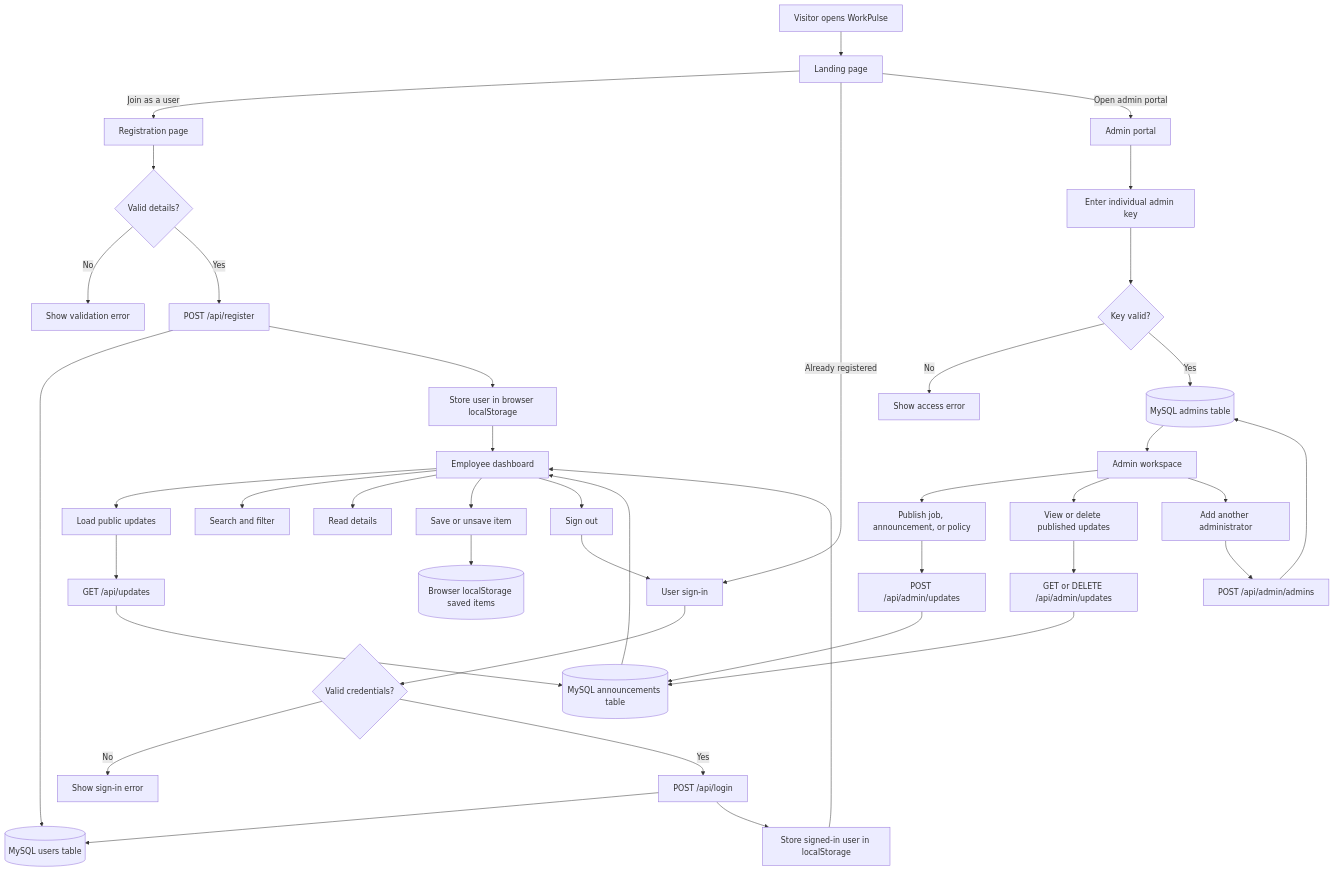
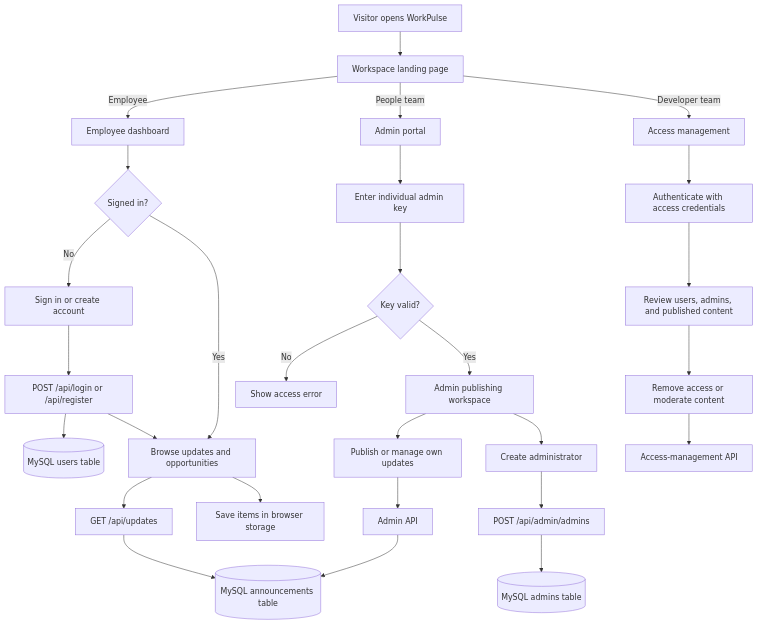
One commit to work-on-my-machine/workPulse changed the diagram in README.md. Above: the diagram before and after it, drawn with Mermaid. The commit also changed other lines of this file, not shown here.

````diff
--- a/README.md
+++ b/README.md
@@ -7,47 +7,33 @@
 ```mermaid
 flowchart TD
-  A[Visitor opens WorkPulse] --> B[Landing page]
-  B -->|Join as a user| C[Registration page]
-  B -->|Already registered| D[User sign-in]
-  B -->|Open admin portal| E[Admin portal]
+  A[Visitor opens WorkPulse] --> B[Workspace landing page]
+  B -->|Employee| C[Employee dashboard]
+  B -->|People team| D[Admin portal]
+  B -->|Developer team| E[Access management]
 
-  C --> C1{Valid details?}
-  C1 -->|No| C2[Show validation error]
-  C1 -->|Yes| F[POST /api/register]
-  F --> G[(MySQL users table)]
-  F --> H[Store user in browser localStorage]
-  H --> I[Employee dashboard]
+  C --> C1{Signed in?}
+  C1 -->|No| F[Sign in or create account]
+  C1 -->|Yes| G[Browse updates and opportunities]
+  F --> H[POST /api/login or /api/register]
+  H --> I[(MySQL users table)]
+  H --> G
+  G --> J[GET /api/updates]
+  J --> K[(MySQL announcements table)]
+  G --> L[Save items in browser storage]
 
-  D --> D1{Valid credentials?}
-  D1 -->|No| D2[Show sign-in error]
-  D1 -->|Yes| J[POST /api/login]
-  J --> G
-  J --> K[Store signed-in user in localStorage]
-  K --> I
+  D --> D1[Enter individual admin key]
+  D1 --> D2{Key valid?}
+  D2 -->|No| D3[Show access error]
+  D2 -->|Yes| M[Admin publishing workspace]
+  M --> N[Publish or manage own updates]
+  N --> O[Admin API]
+  O --> K
+  M --> P[Create administrator]
+  P --> Q[POST /api/admin/admins]
+  Q --> R[(MySQL admins table)]
 
-  I --> L[Load public updates]
-  L --> M[GET /api/updates]
-  M --> N[(MySQL announcements table)]
-  I --> O[Search and filter]
-  I --> P[Read details]
-  I --> Q[Save or unsave item]
-  Q --> R[(Browser localStorage saved items)]
-  I --> S[Sign out]
-  S --> D
-
-  E --> E1[Enter individual admin key]
-  E1 --> E2{Key valid?}
-  E2 -->|No| E3[Show access error]
-  E2 -->|Yes| T[(MySQL admins table)]
-  T --> U[Admin workspace]
-  U --> V[Publish job, announcement, or policy]
-  V --> W[POST /api/admin/updates]
-  W --> N
-  U --> X[View or delete published updates]
-  X --> Y[GET or DELETE /api/admin/updates]
-  Y --> N
-  U --> Z[Add another administrator]
-  Z --> AA[POST /api/admin/admins]
-  AA --> T
-  N --> I
+  E --> E1[Authenticate with access credentials]
+  E1 --> S[Review users, admins, and published content]
+  S --> T[Remove access or moderate content]
+  T --> U[Access-management API]
 ```
````
